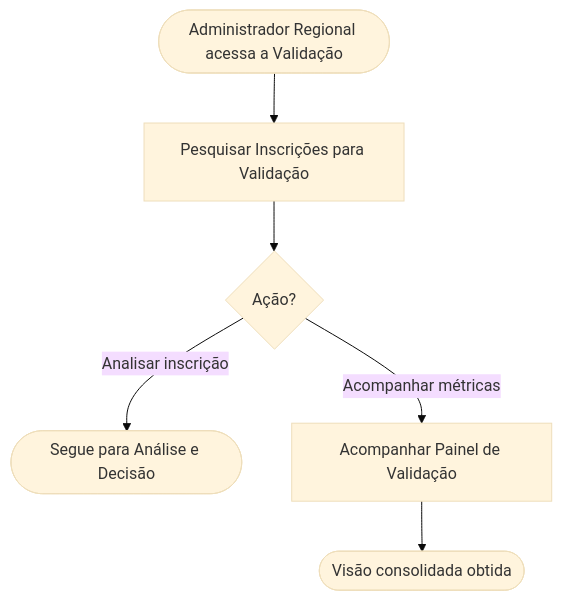
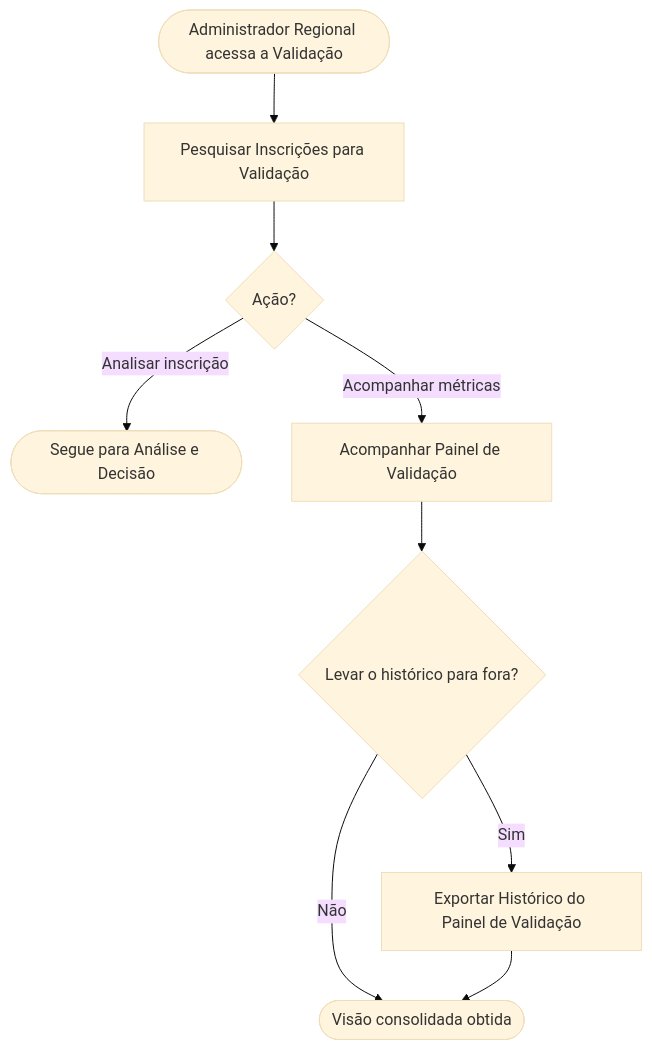
One commit to andromarcio/phl-premio-iel changed the diagram in modules/validacao/fila-validacao/README.md. Above: the diagram before and after it, drawn with Mermaid (base theme). The commit also changed other lines of this file and 27 other files, not shown here.

````diff
--- a/modules/validacao/fila-validacao/README.md
+++ b/modules/validacao/fila-validacao/README.md
@@ -25,8 +25,11 @@
 ```mermaid
 flowchart TD
     A(["Administrador Regional acessa a Validação"]) --> B["Pesquisar Inscrições para Validação"]
     B --> C{"Ação?"}
     C -->|Analisar inscrição| D(["Segue para Análise e Decisão"])
     C -->|Acompanhar métricas| E["Acompanhar Painel de Validação"]
-    E --> F(["Visão consolidada obtida"])
+    E --> X{"Levar o histórico para fora?"}
+    X -->|Sim| H["Exportar Histórico do Painel de Validação"]
+    X -->|Não| F(["Visão consolidada obtida"])
+    H --> F
 ```
````
